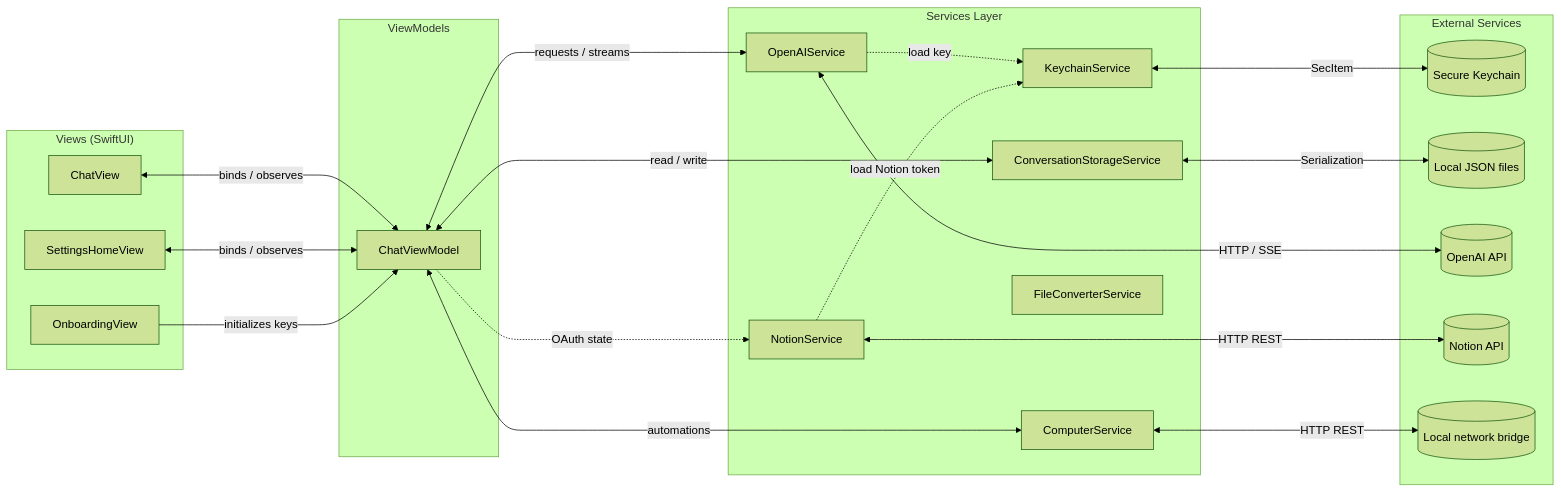
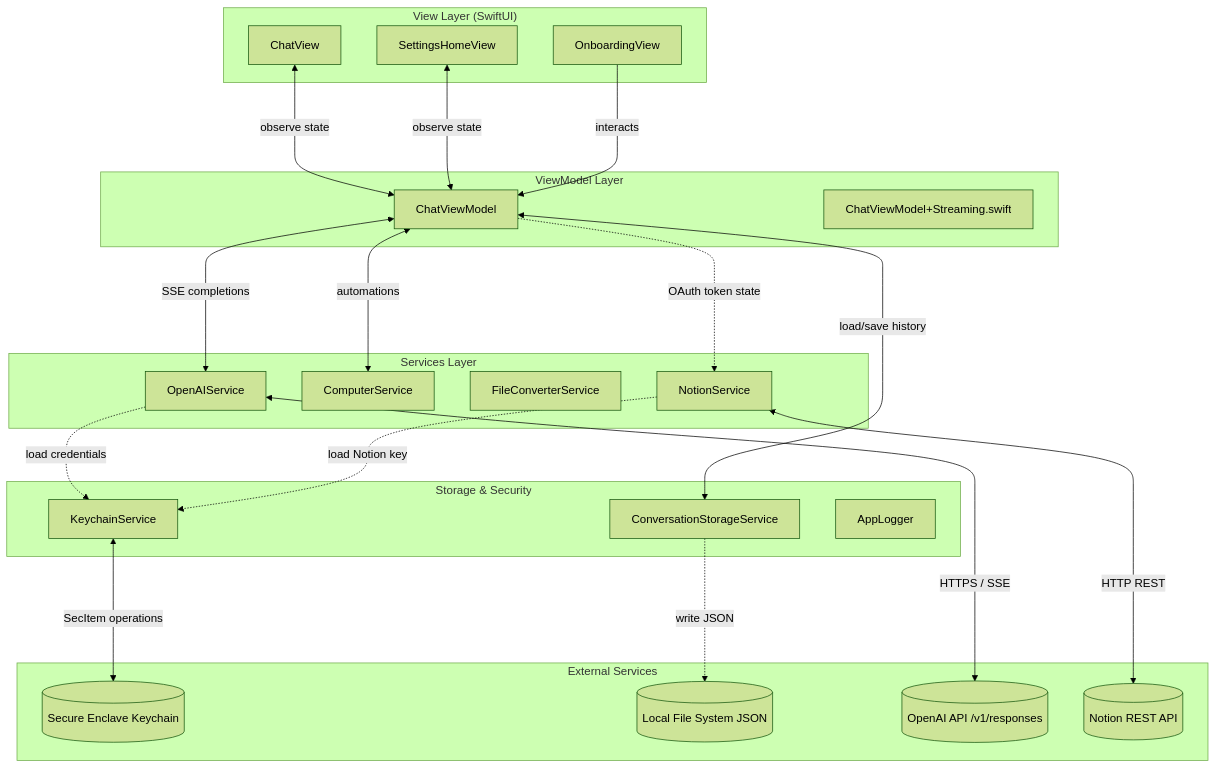
The second of 4 diagrams in README.md (Gunnarguy/OpenResponses), drawn with Mermaid (forest theme) before and after one commit. The commit also changed other lines of this file and 3 other files, not shown here.

````diff
--- a/README.md
+++ b/README.md
@@ -84,46 +101,49 @@
 ```mermaid
-flowchart LR
-    subgraph Views["Views (SwiftUI)"]
+flowchart TD
+    subgraph UI["View Layer (SwiftUI)"]
         CV[ChatView]
         SH[SettingsHomeView]
         OV[OnboardingView]
     end
 
-    subgraph ViewModels["ViewModels"]
+    subgraph VMs["ViewModel Layer"]
         CVM[ChatViewModel]
+        CVM_Stream["ChatViewModel+Streaming.swift"]
     end
 
     subgraph Services["Services Layer"]
         OAS[OpenAIService]
         CS[ComputerService]
-        KCS[KeychainService]
-        CSS[ConversationStorageService]
         FCS[FileConverterService]
         NS[NotionService]
     end
 
-    subgraph External["External Services"]
-        Keychain[(Secure Keychain)]
-        LocalFiles[(Local JSON files)]
-        OpenAIAPI[(OpenAI API)]
-        NotionAPI[(Notion API)]
-        LocalBridge[(Local network bridge)]
+    subgraph Storage["Storage & Security"]
+        KCS[KeychainService]
+        CSS[ConversationStorageService]
+        AL[AppLogger]
     end
 
-    CV <--->|binds / observes| CVM
-    SH <--->|binds / observes| CVM
-    OV --->|initializes keys| CVM
+    subgraph External["External Services"]
+        Keychain[(Secure Enclave Keychain)]
+        LocalDisk[(Local File System JSON)]
+        OpenAIAPI[(OpenAI API /v1/responses)]
+        NotionAPI[(Notion REST API)]
+    end
 
-    CVM <--->|requests / streams| OAS
+    CV <--->|observe state| CVM
+    SH <--->|observe state| CVM
+    OV --->|interacts| CVM
+
+    CVM <--->|SSE completions| OAS
     CVM <--->|automations| CS
-    CVM <--->|read / write| CSS
-    CVM -.->|OAuth state| NS
+    CVM <--->|load/save history| CSS
+    CVM -.->|OAuth token state| NS
 
-    OAS -.->|load key| KCS
-    NS -.->|load Notion token| KCS
-    OAS <--->|HTTP / SSE| OpenAIAPI
+    OAS -.->|load credentials| KCS
+    NS -.->|load Notion key| KCS
+    CSS -.->|write JSON| LocalDisk
+    KCS <--->|SecItem operations| Keychain
+    OAS <--->|HTTPS / SSE| OpenAIAPI
     NS <--->|HTTP REST| NotionAPI
-    KCS <--->|SecItem| Keychain
-    CSS <--->|Serialization| LocalFiles
-    CS <--->|HTTP REST| LocalBridge
 ```
````
